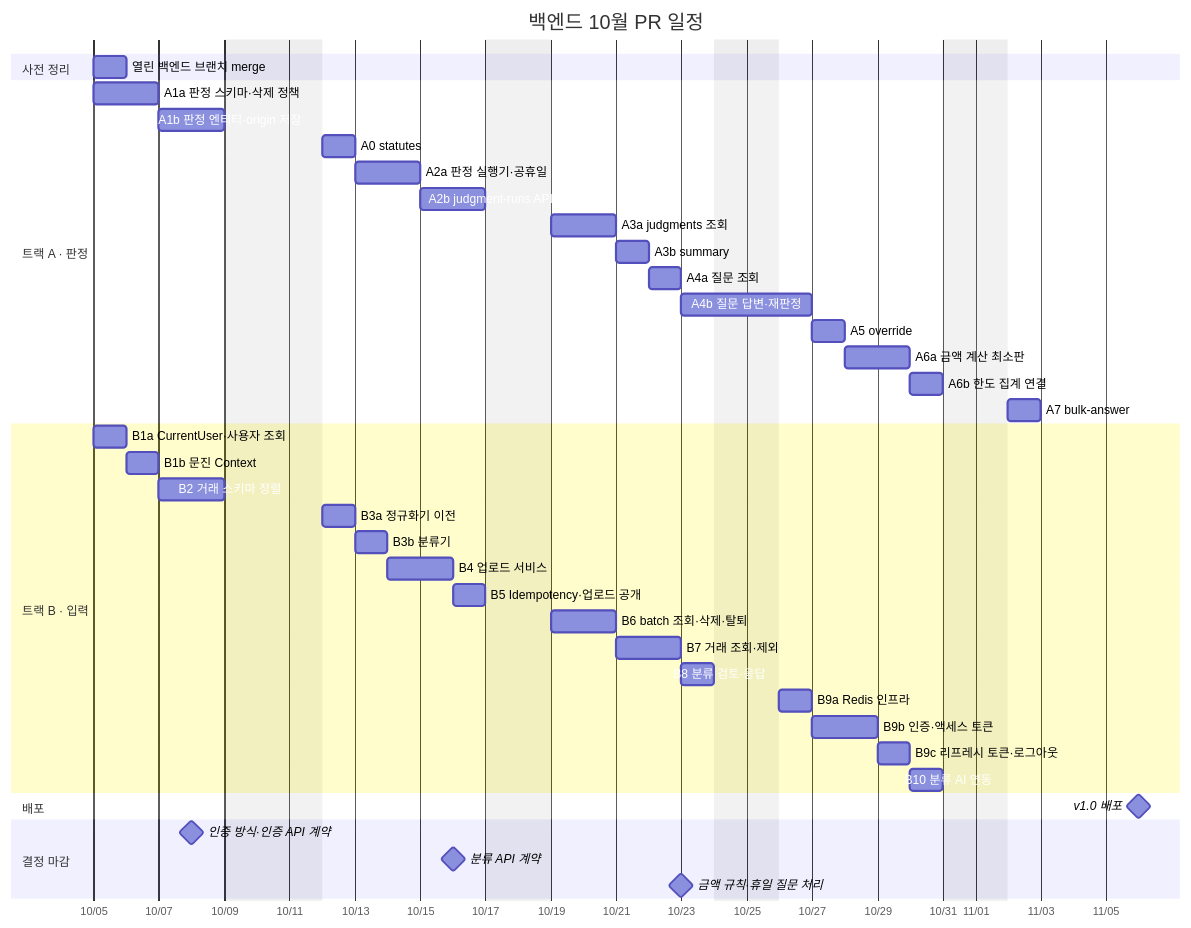
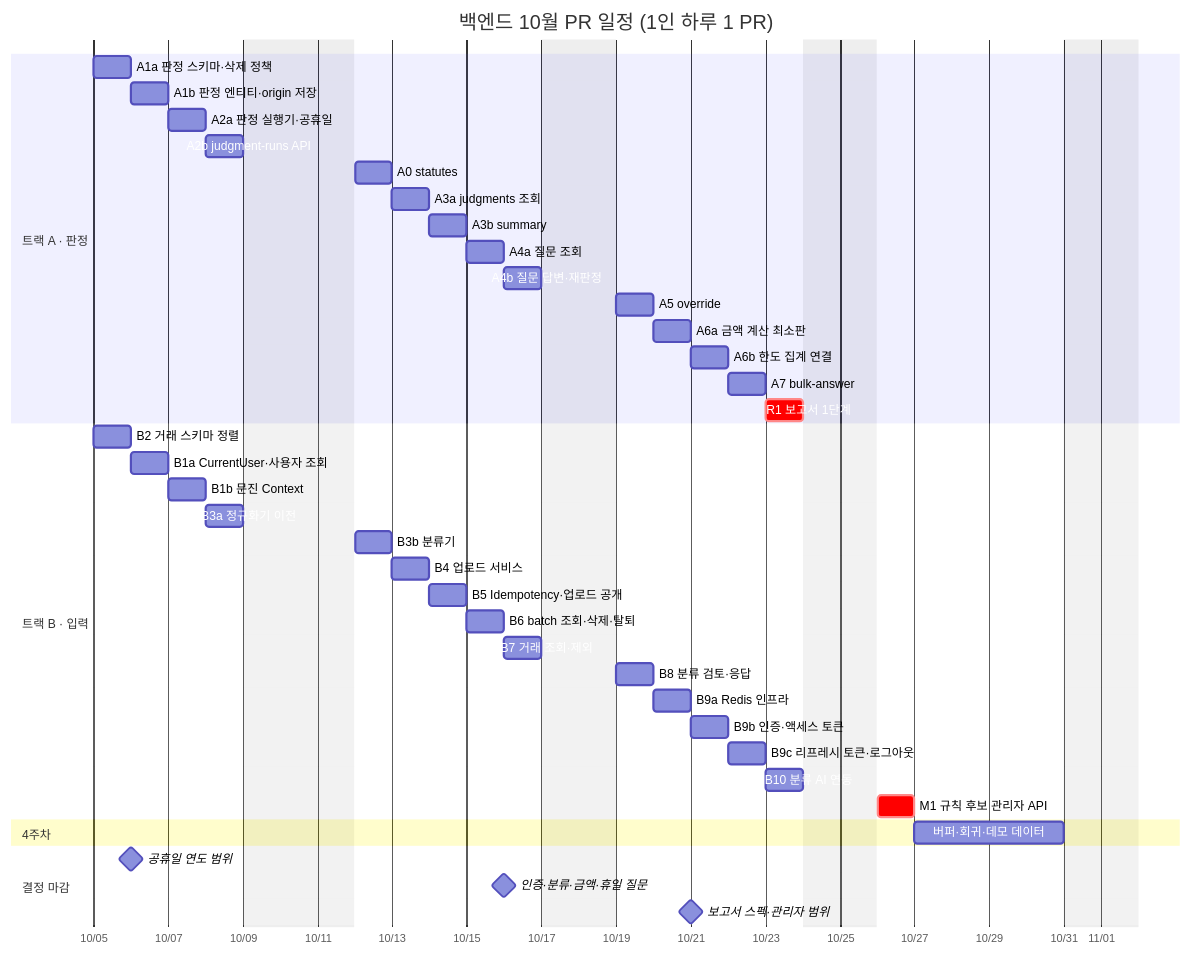
The first of 4 diagrams in docs/backend_api_plan.md (RainDrop3/ktc4-pusan-4), drawn with Mermaid before and after one commit. The commit also changed other lines of this file, not shown here.

````diff
--- a/docs/backend_api_plan.md
+++ b/docs/backend_api_plan.md
@@ -22,49 +23,48 @@
 ```mermaid
 gantt
-    title 백엔드 10월 PR 일정
+    title 백엔드 10월 PR 일정 (1인 하루 1 PR)
     dateFormat YYYY-MM-DD
     axisFormat %m/%d
     excludes weekends, 2026-10-09
 
-    section 사전 정리
-    열린 백엔드 브랜치 merge     :pre, 2026-10-05, 1d
-
     section 트랙 A · 판정
-    A1a 판정 스키마·삭제 정책    :a1a, 2026-10-05, 2d
-    A1b 판정 엔티티·origin 저장  :a1b, after a1a, 2d
-    A0 statutes                  :a0, 2026-10-12, 1d
-    A2a 판정 실행기·공휴일       :a2a, after a0, 2d
-    A2b judgment-runs API        :a2b, after a2a, 2d
-    A3a judgments 조회           :a3a, 2026-10-19, 2d
+    A1a 판정 스키마·삭제 정책    :a1a, 2026-10-05, 1d
+    A1b 판정 엔티티·origin 저장  :a1b, after a1a, 1d
+    A2a 판정 실행기·공휴일       :a2a, after a1b, 1d
+    A2b judgment-runs API        :a2b, after a2a, 1d
+    A0 statutes                  :a0, after a2b, 1d
+    A3a judgments 조회           :a3a, after a0, 1d
     A3b summary                  :a3b, after a3a, 1d
     A4a 질문 조회                :a4a, after a3b, 1d
-    A4b 질문 답변·재판정         :a4b, after a4a, 2d
+    A4b 질문 답변·재판정         :a4b, after a4a, 1d
     A5 override                  :a5, after a4b, 1d
-    A6a 금액 계산 최소판         :a6a, after a5, 2d
+    A6a 금액 계산 최소판         :a6a, after a5, 1d
     A6b 한도 집계 연결           :a6b, after a6a, 1d
     A7 bulk-answer               :a7, after a6b, 1d
+    R1 보고서 1단계              :crit, r1, after a7, 1d
 
     section 트랙 B · 입력
-    B1a CurrentUser·사용자 조회  :b1a, 2026-10-05, 1d
+    B2 거래 스키마 정렬          :b2, 2026-10-05, 1d
+    B1a CurrentUser·사용자 조회  :b1a, after b2, 1d
     B1b 문진 Context             :b1b, after b1a, 1d
-    B2 거래 스키마 정렬          :b2, after b1b, 2d
-    B3a 정규화기 이전            :b3a, 2026-10-12, 1d
+    B3a 정규화기 이전            :b3a, after b1b, 1d
     B3b 분류기                   :b3b, after b3a, 1d
-    B4 업로드 서비스             :b4, after b3b, 2d
+    B4 업로드 서비스             :b4, after b3b, 1d
     B5 Idempotency·업로드 공개   :b5, after b4, 1d
-    B6 batch 조회·삭제·탈퇴      :b6, 2026-10-19, 2d
-    B7 거래 조회·제외            :b7, after b6, 2d
+    B6 batch 조회·삭제·탈퇴      :b6, after b5, 1d
+    B7 거래 조회·제외            :b7, after b6, 1d
     B8 분류 검토·응답            :b8, after b7, 1d
-    B9a Redis 인프라             :b9a, 2026-10-26, 1d
-    B9b 인증·액세스 토큰         :b9b, after b9a, 2d
+    B9a Redis 인프라             :b9a, after b8, 1d
+    B9b 인증·액세스 토큰         :b9b, after b9a, 1d
     B9c 리프레시 토큰·로그아웃   :b9c, after b9b, 1d
     B10 분류 AI 연동             :b10, after b9c, 1d
+    M1 규칙 후보 관리자 API      :crit, m1, after b10, 1d
 
-    section 배포
-    v1.0 배포                    :milestone, rel, 2026-11-06, 0d
+    section 4주차
+    버퍼·회귀·데모 데이터        :buf, 2026-10-27, 4d
 
     section 결정 마감
-    인증 방식·인증 API 계약      :milestone, d1, 2026-10-08, 0d
-    분류 API 계약                :milestone, d3, 2026-10-16, 0d
-    금액 규칙·휴일 질문 처리     :milestone, d2, 2026-10-23, 0d
+    공휴일 연도 범위             :milestone, d0, 2026-10-06, 0d
+    인증·분류·금액·휴일 질문     :milestone, d1, 2026-10-16, 0d
+    보고서 스펙·관리자 범위      :milestone, d2, 2026-10-21, 0d
 ```
````
